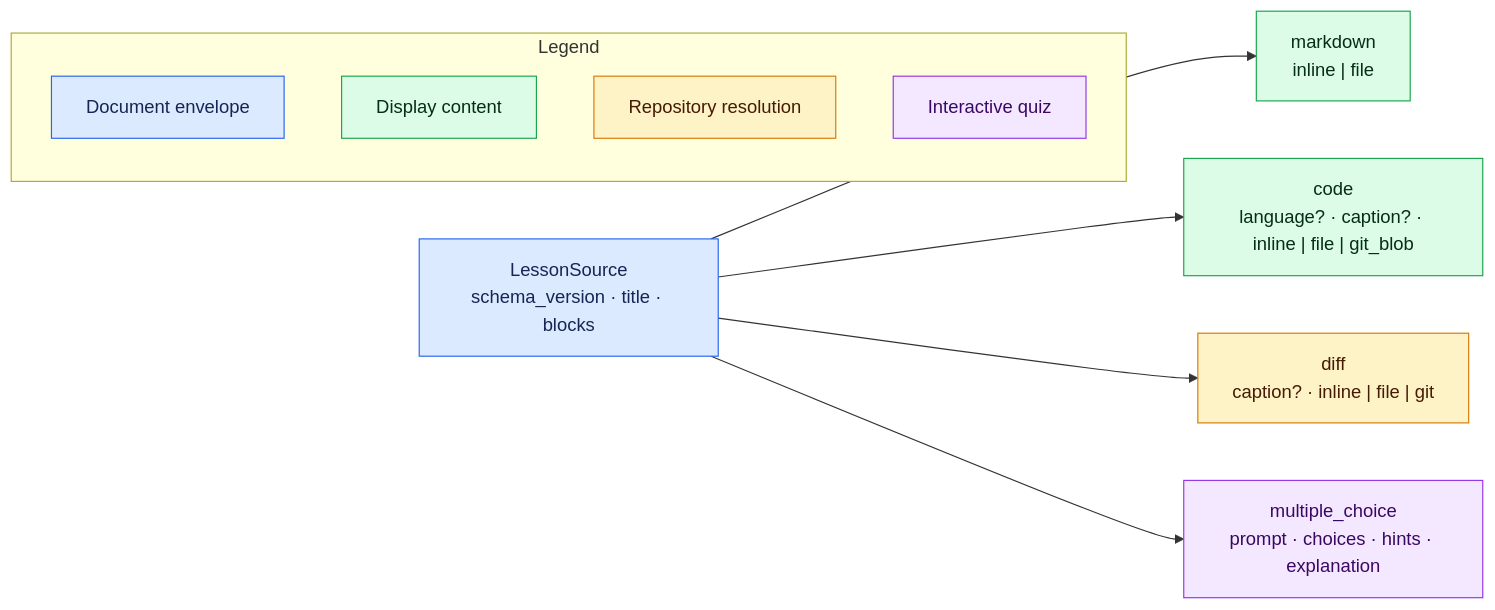
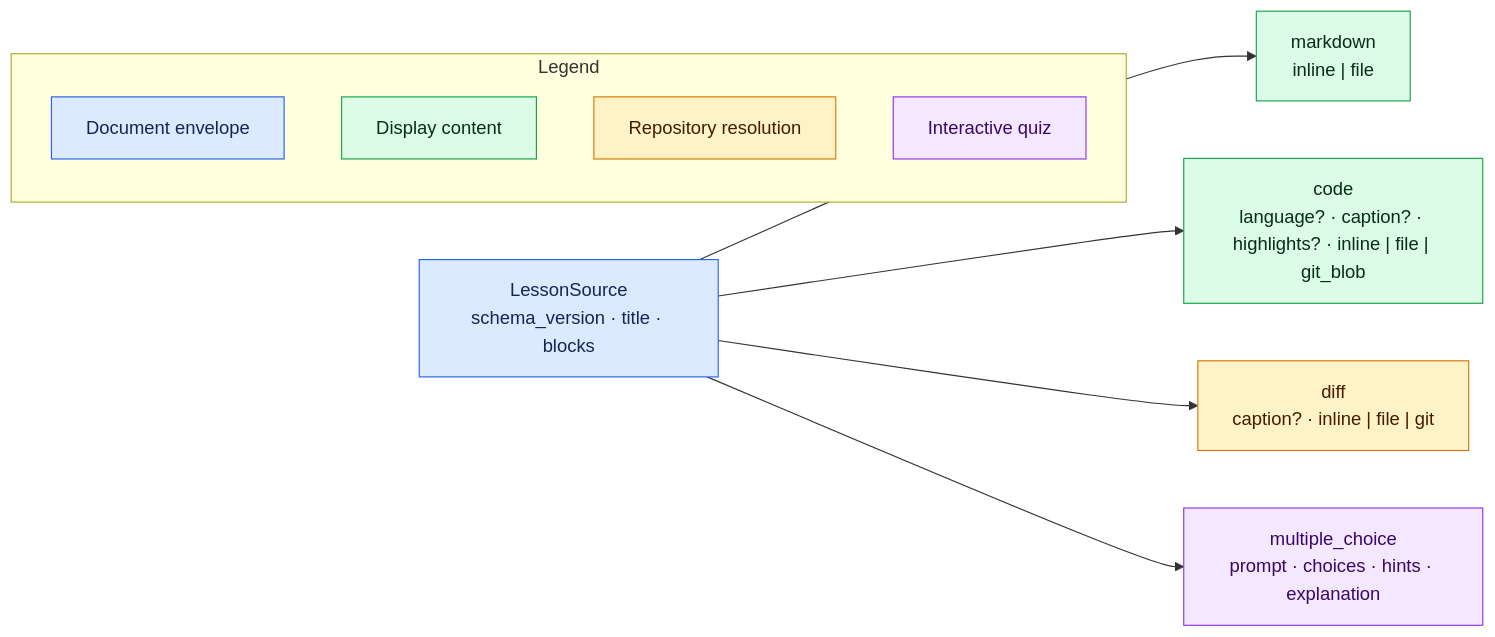
One commit to negative-nilgiri/teacher changed the diagram in docs/AUTHORING.md. Above: the diagram before and after it, drawn with Mermaid. The commit also changed other lines of this file and 19 other files, not shown here.

````diff
--- a/docs/AUTHORING.md
+++ b/docs/AUTHORING.md
@@ -42,20 +42,20 @@
 ```mermaid
 flowchart LR
     L["LessonSource<br/>schema_version · title · blocks"]:::envelope
     L --> M["markdown<br/>inline | file"]:::content
-    L --> C["code<br/>language? · caption? · inline | file | git_blob"]:::content
+    L --> C["code<br/>language? · caption? · highlights? · inline | file | git_blob"]:::content
     L --> D["diff<br/>caption? · inline | file | git"]:::repository
     L --> Q["multiple_choice<br/>prompt · choices · hints · explanation"]:::quiz
 
     subgraph Legend
       LE["Document envelope"]:::envelope
       LC["Display content"]:::content
       LR["Repository resolution"]:::repository
       LQ["Interactive quiz"]:::quiz
     end
 
     classDef envelope fill:#dbeafe,stroke:#2563eb,color:#172554
     classDef content fill:#dcfce7,stroke:#16a34a,color:#052e16
     classDef repository fill:#fef3c7,stroke:#d97706,color:#451a03
     classDef quiz fill:#f3e8ff,stroke:#9333ea,color:#3b0764
 ```
````
